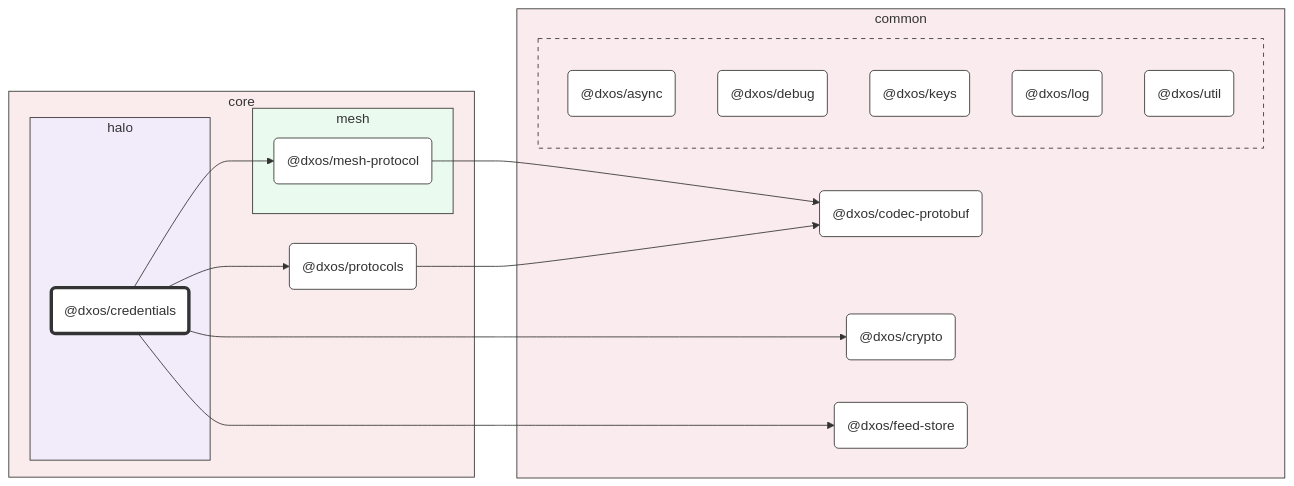
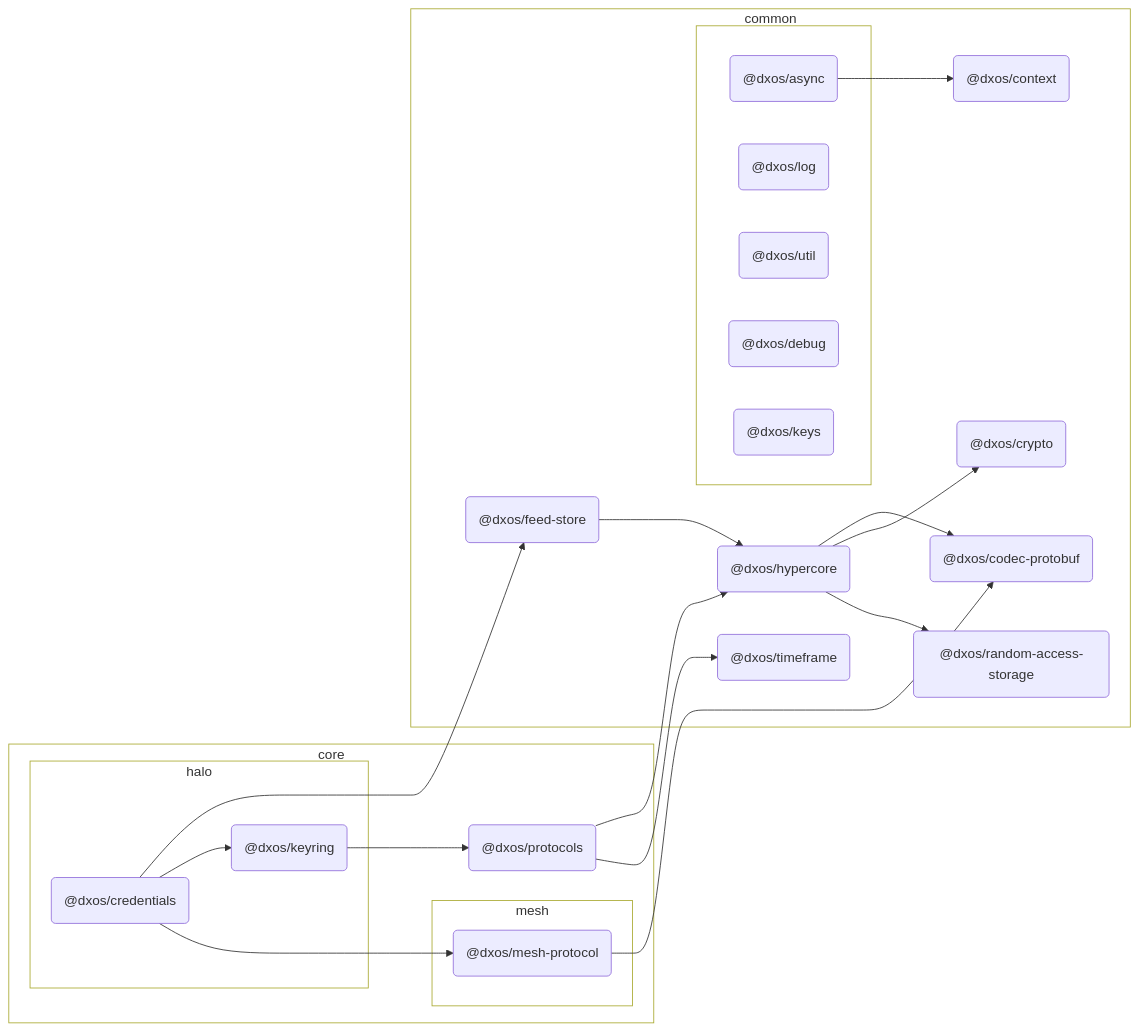
The diagram in packages/core/halo/credentials/docs/README.md (dxos/dxos), drawn with Mermaid before and after one commit. The commit also changed other lines of this file and 126 other files, not shown here.

````diff
--- a/packages/core/halo/credentials/docs/README.md
+++ b/packages/core/halo/credentials/docs/README.md
@@ -7,62 +7,77 @@
 ```mermaid
 %%{ init: {'flowchart':{'curve':'basis'}} }%%
 
 flowchart LR
 
 %% Classes
-classDef def fill:#fff,stroke:#333,stroke-width:1px
-classDef root fill:#fff,stroke:#333,stroke-width:4px
+
+
 
 %% Nodes
 
 subgraph core [core]
-  style core fill:#faebec,stroke:#333
+  style core fill:transparent
   dxos/protocols("@dxos/protocols"):::def
   click dxos/protocols "dxos/dxos/tree/main/packages/core/protocols/docs"
 
   subgraph halo [halo]
-    style halo fill:#f1ebfa,stroke:#333
+    style halo fill:transparent
     dxos/credentials("@dxos/credentials"):::root
     click dxos/credentials "dxos/dxos/tree/main/packages/core/halo/credentials/docs"
+    dxos/keyring("@dxos/keyring"):::def
+    click dxos/keyring "dxos/dxos/tree/main/packages/core/halo/keyring/docs"
   end
 
   subgraph mesh [mesh]
-    style mesh fill:#ebfaef,stroke:#333
+    style mesh fill:transparent
     dxos/mesh-protocol("@dxos/mesh-protocol"):::def
     click dxos/mesh-protocol "dxos/dxos/tree/main/packages/core/mesh/mesh-protocol/docs"
   end
 end
 
 subgraph common [common]
-  style common fill:#faebee,stroke:#333
+  style common fill:transparent
+  dxos/context("@dxos/context"):::def
+  click dxos/context "dxos/dxos/tree/main/packages/common/context/docs"
   dxos/codec-protobuf("@dxos/codec-protobuf"):::def
   click dxos/codec-protobuf "dxos/dxos/tree/main/packages/common/codec-protobuf/docs"
   dxos/crypto("@dxos/crypto"):::def
   click dxos/crypto "dxos/dxos/tree/main/packages/common/crypto/docs"
   dxos/feed-store("@dxos/feed-store"):::def
   click dxos/feed-store "dxos/dxos/tree/main/packages/common/feed-store/docs"
+  dxos/hypercore("@dxos/hypercore"):::def
+  click dxos/hypercore "dxos/dxos/tree/main/packages/common/hypercore/docs"
+  dxos/random-access-storage("@dxos/random-access-storage"):::def
+  click dxos/random-access-storage "dxos/dxos/tree/main/packages/common/random-access-storage/docs"
+  dxos/timeframe("@dxos/timeframe"):::def
+  click dxos/timeframe "dxos/dxos/tree/main/packages/common/timeframe/docs"
 
   subgraph _ [ ]
-    style _ fill:#faebee,stroke:#333,stroke-dasharray:5 5
+    style _ fill:transparent
     dxos/async("@dxos/async"):::def
     click dxos/async "dxos/dxos/tree/main/packages/common/async/docs"
+    dxos/log("@dxos/log"):::def
+    click dxos/log "dxos/dxos/tree/main/packages/common/log/docs"
+    dxos/util("@dxos/util"):::def
+    click dxos/util "dxos/dxos/tree/main/packages/common/util/docs"
     dxos/debug("@dxos/debug"):::def
     click dxos/debug "dxos/dxos/tree/main/packages/common/debug/docs"
     dxos/keys("@dxos/keys"):::def
     click dxos/keys "dxos/dxos/tree/main/packages/common/keys/docs"
-    dxos/log("@dxos/log"):::def
-    click dxos/log "dxos/dxos/tree/main/packages/common/log/docs"
-    dxos/util("@dxos/util"):::def
-    click dxos/util "dxos/dxos/tree/main/packages/common/util/docs"
   end
 end
 
 %% Links
-linkStyle default stroke:#333,stroke-width:1px
-dxos/credentials --> dxos/crypto
+dxos/async --> dxos/context
 dxos/credentials --> dxos/feed-store
+dxos/feed-store --> dxos/hypercore
+dxos/hypercore --> dxos/codec-protobuf
+dxos/hypercore --> dxos/crypto
+dxos/hypercore --> dxos/random-access-storage
+dxos/credentials --> dxos/keyring
+dxos/keyring --> dxos/protocols
+dxos/protocols --> dxos/hypercore
+dxos/protocols --> dxos/timeframe
 dxos/credentials --> dxos/mesh-protocol
 dxos/mesh-protocol --> dxos/codec-protobuf
-dxos/credentials --> dxos/protocols
-dxos/protocols --> dxos/codec-protobuf
 ```
````
